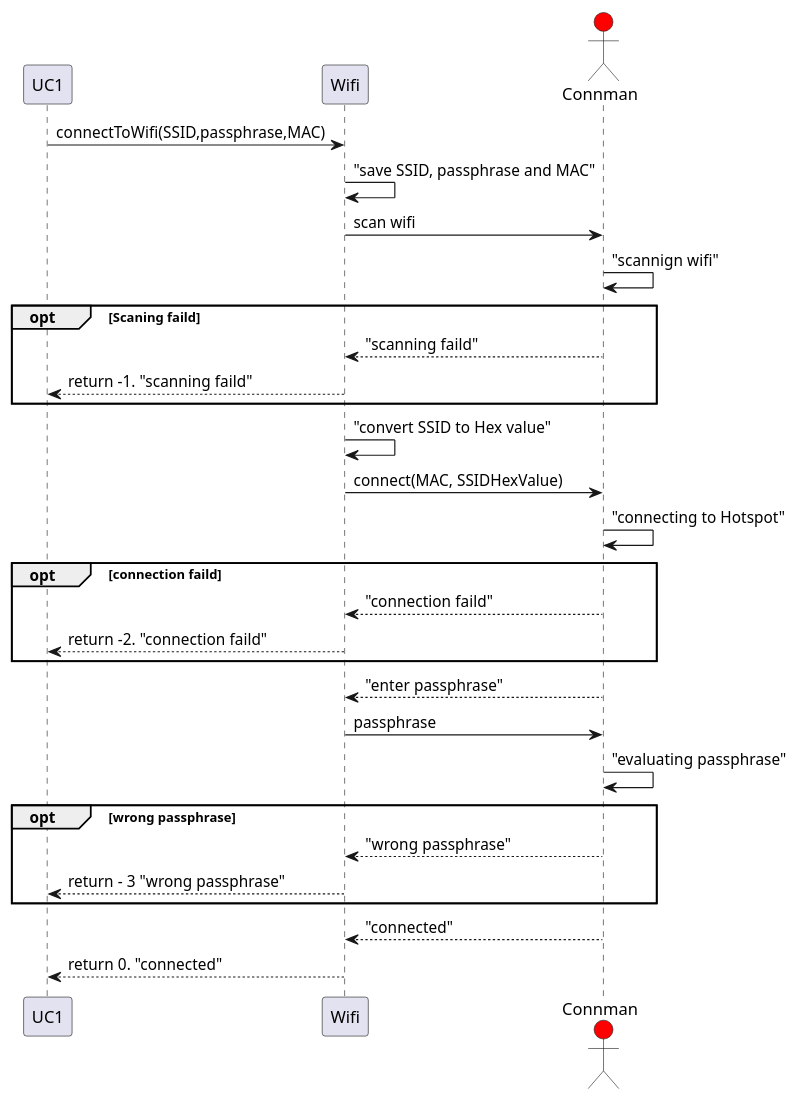
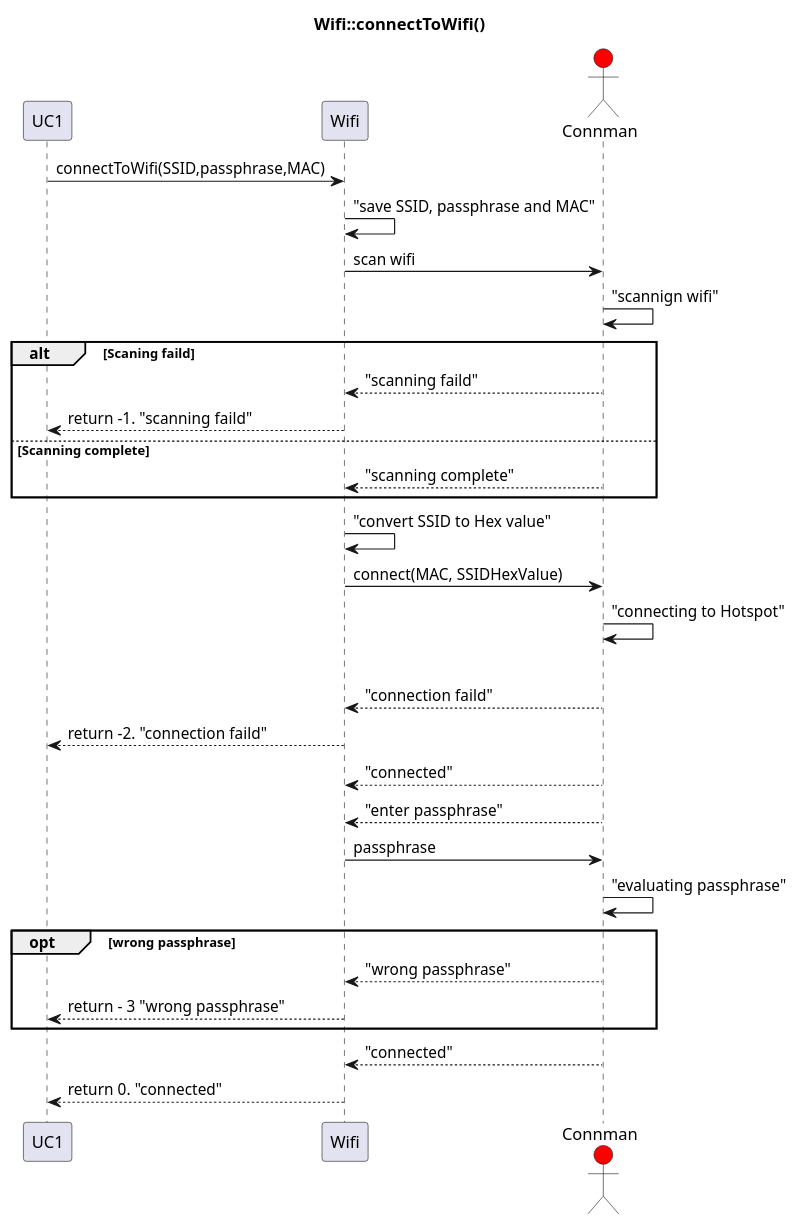
The diagram in Diagrammer/Robo_Sumo_Battle/Communication/Sekvensdiagrammer/Wifi/Wifi_connectToWifi.plantuml (Solvgraa-mager/E3PRJ3), drawn with PlantUML before and after one commit. The commit also changed 7 other files, not shown here.

Commit message:
wifi og tcp sekvens diagrammer

```diff
--- a/Diagrammer/Robo_Sumo_Battle/Communication/Sekvensdiagrammer/Wifi/Wifi_connectToWifi.plantuml
+++ b/Diagrammer/Robo_Sumo_Battle/Communication/Sekvensdiagrammer/Wifi/Wifi_connectToWifi.plantuml
@@ -1,31 +1,41 @@
 @startuml
+title Wifi::connectToWifi()
 participant UC1
 participant Wifi
 actor Connman #red
 
 UC1 -> Wifi : connectToWifi(SSID,passphrase,MAC)
 Wifi -> Wifi : "save SSID, passphrase and MAC"
 Wifi -> Connman : scan wifi
 Connman -> Connman : "scannign wifi"
-opt Scaning faild
+alt Scaning faild
     Connman --> Wifi : "scanning faild"
     Wifi --> UC1 : return -1. "scanning faild"
+else Scanning complete
+    Connman --> Wifi : "scanning complete"
 end
+    
+
+
 Wifi -> Wifi : "convert SSID to Hex value"
 Wifi -> Connman : connect(MAC, SSIDHexValue)
 Connman -> Connman : "connecting to Hotspot"
-opt connection faild
+alt connection faild
     Connman --> Wifi : "connection faild"
     Wifi --> UC1 : return -2. "connection faild"
-end
+else
+    Connman --> Wifi : "connected"
+
+    
+     
 Connman --> Wifi : "enter passphrase"
 Wifi -> Connman : passphrase
 Connman -> Connman : "evaluating passphrase"
 opt wrong passphrase
     Connman --> Wifi : "wrong passphrase"
     Wifi --> UC1 : return - 3 "wrong passphrase"
 end
 Connman --> Wifi : "connected"
 Wifi --> UC1 : return 0. "connected"
 
 @enduml
```
